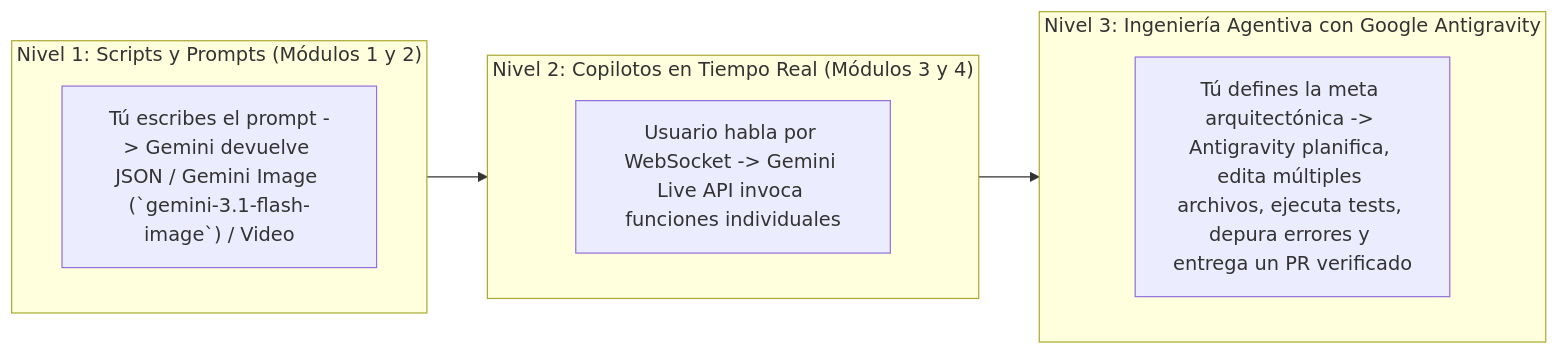
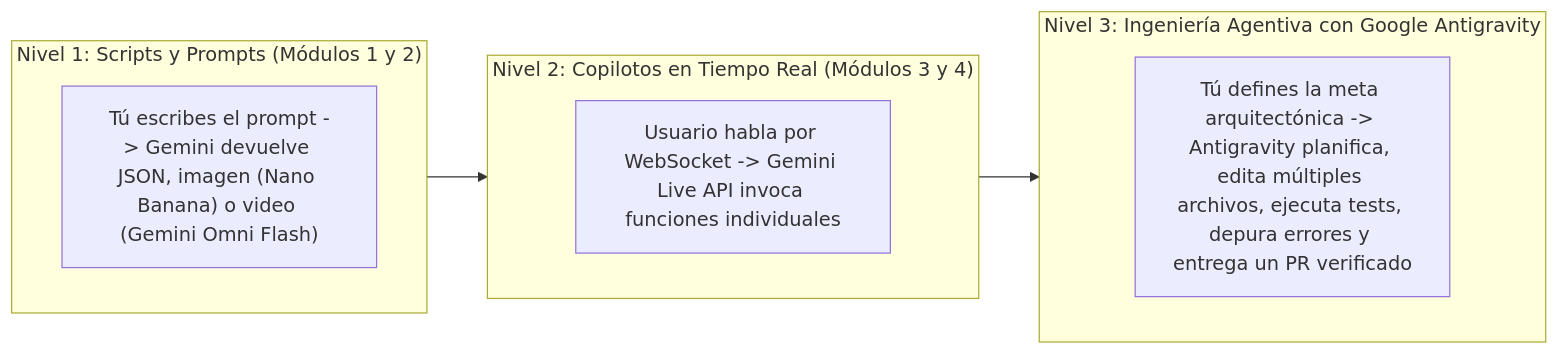
The diagram in es/surprise-finisher-graduate-to-antigravity/README.md (AllInVaders/aistudio-full-course), drawn with Mermaid before and after one commit. The commit also changed other lines of this file and 30 other files, not shown here.

Commit message:
feat: upgrade all Gemini 3.7 Flash references to Gemini 3.8 Flash (gemini-3.8-flash)

````diff
--- a/es/surprise-finisher-graduate-to-antigravity/README.md
+++ b/es/surprise-finisher-graduate-to-antigravity/README.md
@@ -13,16 +13,16 @@
 ```mermaid
 flowchart LR
     subgraph Nivel1["Nivel 1: Scripts y Prompts (Módulos 1 y 2)"]
-        P1["Tú escribes el prompt -> Gemini devuelve JSON / Gemini Image (`gemini-3.1-flash-image`) / Video"]
+        P1["Tú escribes el prompt -> Gemini devuelve JSON, imagen (Nano Banana) o video (Gemini Omni Flash)"]
     end
 
     subgraph Nivel2["Nivel 2: Copilotos en Tiempo Real (Módulos 3 y 4)"]
         P2["Usuario habla por WebSocket -> Gemini Live API invoca funciones individuales"]
     end
 
     subgraph Nivel3["Nivel 3: Ingeniería Agentiva con Google Antigravity"]
         P3["Tú defines la meta arquitectónica -> Antigravity planifica, edita múltiples archivos, ejecuta tests, depura errores y entrega un PR verificado"]
     end
 
     Nivel1 --> Nivel2 --> Nivel3
 ```
````
